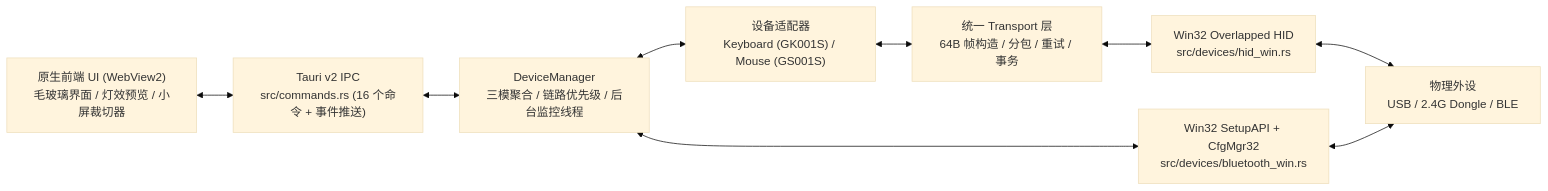
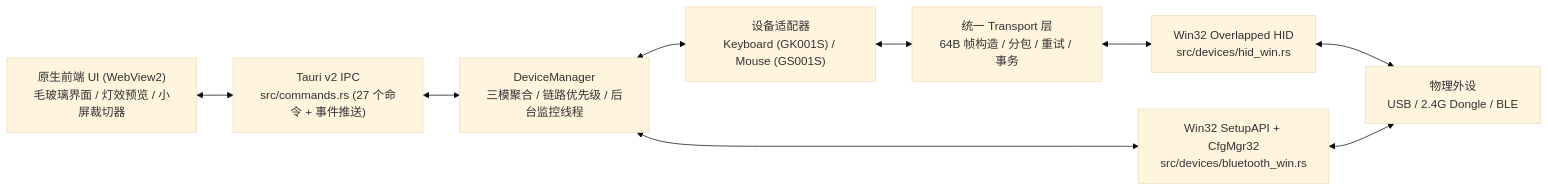
The diagram in README.md (COMICFLY/redmagic-control), drawn with Mermaid (base theme) before and after one commit. The commit also changed other lines of this file and 25 other files, not shown here.

````diff
--- a/README.md
+++ b/README.md
@@ -63,20 +70,20 @@
 ```mermaid
 flowchart LR
   UI["原生前端 UI (WebView2)<br/>毛玻璃界面 / 灯效预览 / 小屏裁切器"]
-  Bridge["Tauri v2 IPC<br/>src/commands.rs (16 个命令 + 事件推送)"]
+  Bridge["Tauri v2 IPC<br/>src/commands.rs (27 个命令 + 事件推送)"]
   Mgr["DeviceManager<br/>三模聚合 / 链路优先级 / 后台监控线程"]
   Adp["设备适配器<br/>Keyboard (GK001S) / Mouse (GS001S)"]
   Trans["统一 Transport 层<br/>64B 帧构造 / 分包 / 重试 / 事务"]
   WinHid["Win32 Overlapped HID<br/>src/devices/hid_win.rs"]
   WinBt["Win32 SetupAPI + CfgMgr32<br/>src/devices/bluetooth_win.rs"]
   HW["物理外设<br/>USB / 2.4G Dongle / BLE"]
 
   UI <--> Bridge
   Bridge <--> Mgr
   Mgr <--> Adp
   Adp <--> Trans
   Trans <--> WinHid
   Mgr <--> WinBt
   WinHid <--> HW
   WinBt <--> HW
 ```
````
